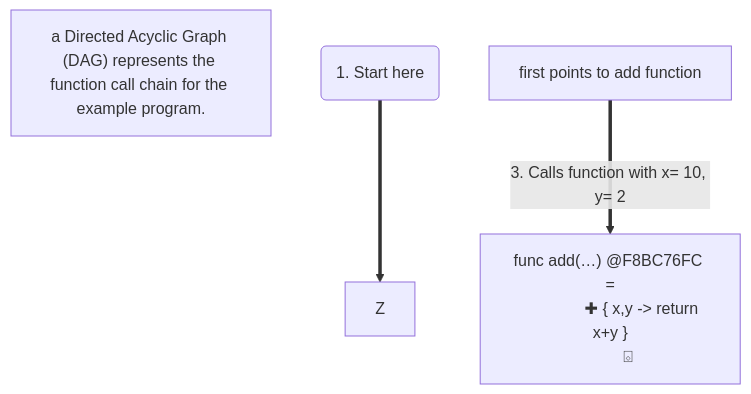
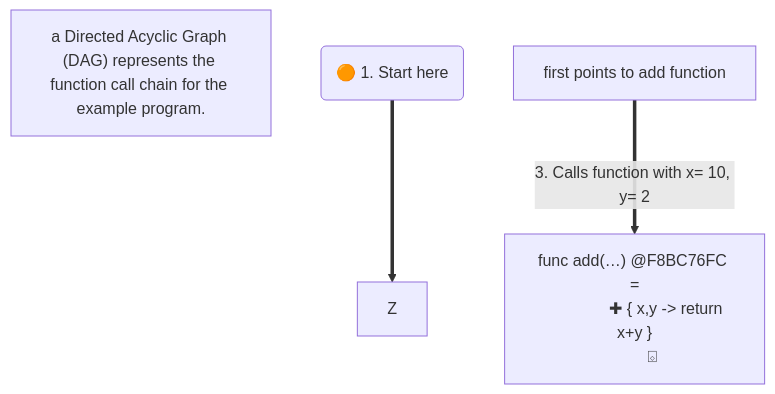
One commit to realityexpander/How_to_program_from_ground_up changed the first of 2 diagrams in 10-FunctionalProgramming.md. Above: the diagram before and after it, drawn with Mermaid.

Commit message:
improve diagram

````diff
--- a/10-FunctionalProgramming.md
+++ b/10-FunctionalProgramming.md
@@ -50,11 +50,11 @@
 ```mermaid
 flowchart TB
 
     note["`a Directed Acyclic Graph (DAG) represents the function call chain for the example program.`"]
 
-    start(" 1. Start here") ==> Z
+    start("🟠 1. Start here") ==> Z
 
     X["first points to add function "] ==>| 3. Calls function with x= 10, y= 2| addFn[" func add(…) @F8BC76FC =
                ✚ { x,y -> return x+y }
         ⌺"]
 ```
````
